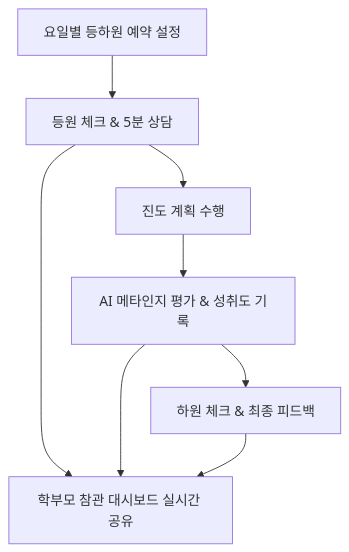
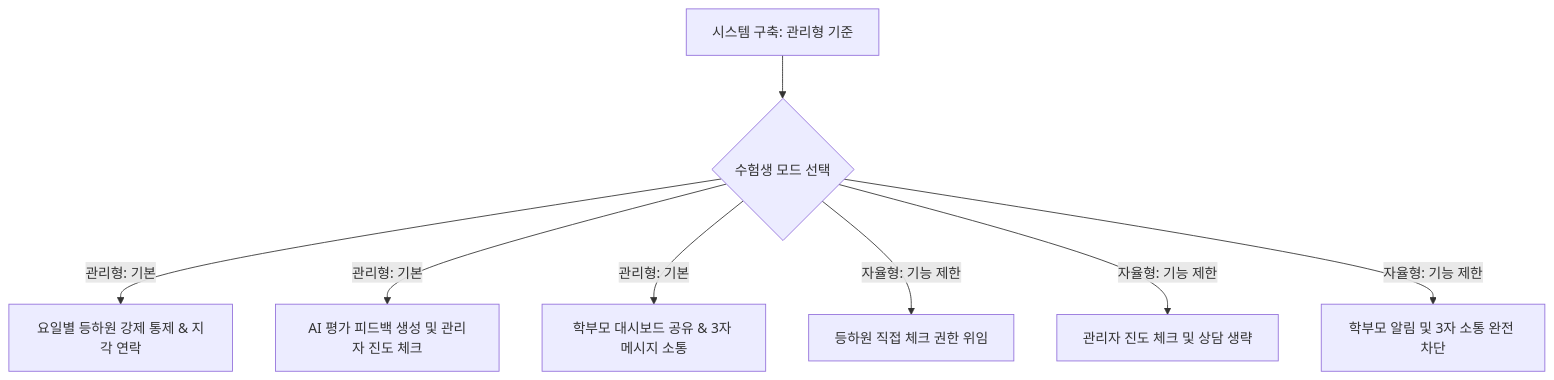
One commit to chicvill/SelfStudy changed the first of 2 diagrams in 관리형 스터디 카페 운영 툴 활용.md. Above: the diagram before and after it, drawn with Mermaid. The commit also changed other lines of this file, not shown here.

````diff
--- a/관리형 스터디 카페 운영 툴 활용.md
+++ b/관리형 스터디 카페 운영 툴 활용.md
@@ -12,8 +12,11 @@
 ```mermaid
 graph TD
-    A[요일별 등하원 예약 설정] --> B[등원 체크 & 5분 상담]
-    B --> C[진도 계획 수행]
-    C --> D[AI 메타인지 평가 & 성취도 기록]
-    D --> E[하원 체크 & 최종 피드백]
-    B & D & E --> F[학부모 참관 대시보드 실시간 공유]
+    A[시스템 구축: 관리형 기준] --> B{수험생 모드 선택}
+    B -->|관리형: 기본| C[요일별 등하원 강제 통제 & 지각 연락]
+    B -->|관리형: 기본| D[AI 평가 피드백 생성 및 관리자 진도 체크]
+    B -->|관리형: 기본| E[학부모 대시보드 공유 & 3자 메시지 소통]
+    
+    B -->|자율형: 기능 제한| F[등하원 직접 체크 권한 위임]
+    B -->|자율형: 기능 제한| G[관리자 진도 체크 및 상담 생략]
+    B -->|자율형: 기능 제한| H[학부모 알림 및 3자 소통 완전 차단]
 ```
````
